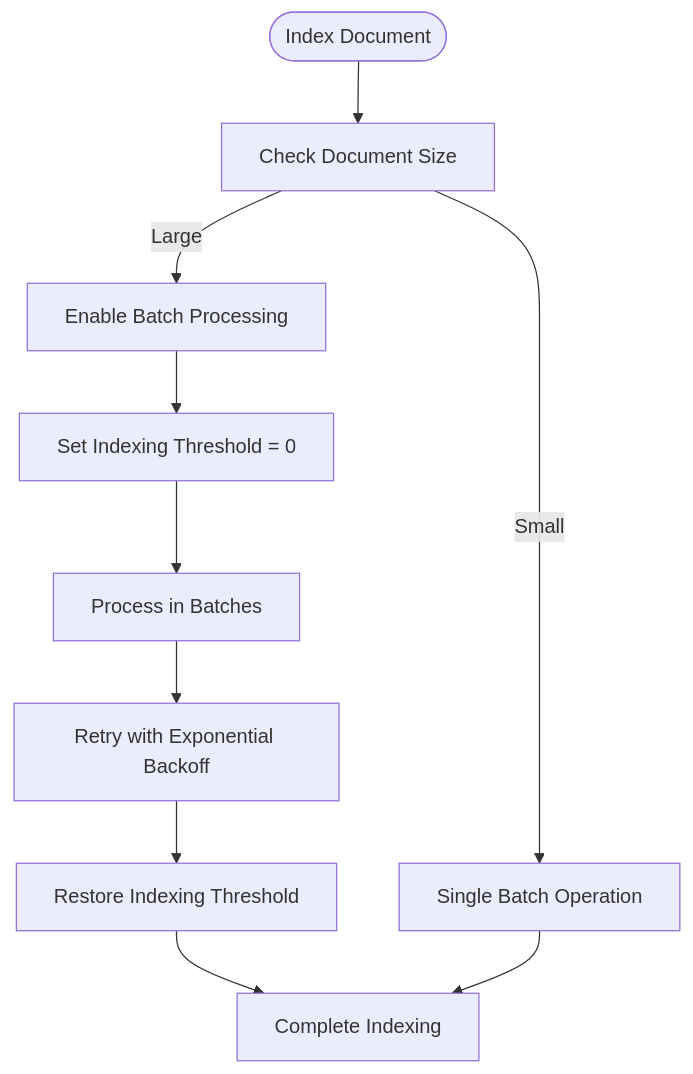
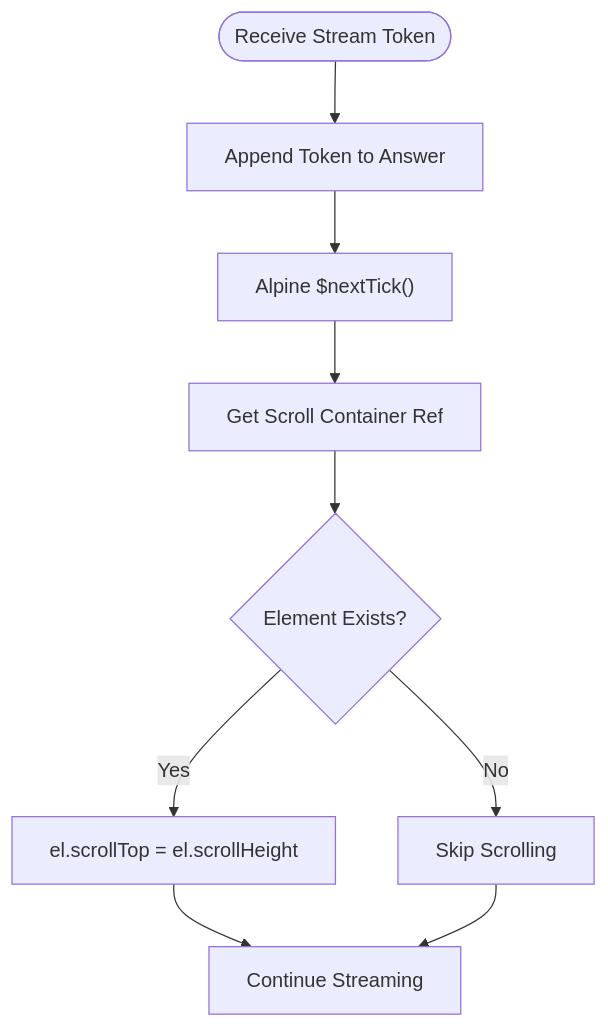
The tenth of 15 diagrams in .qoder/repowiki/en/content/Document Management System.md (ognelis/cafetera_hr_bot), drawn with Mermaid before and after one commit. The commit also changed other lines of this file and 6 other files, not shown here.

````diff
--- a/.qoder/repowiki/en/content/Document Management System.md
+++ b/.qoder/repowiki/en/content/Document Management System.md
@@ -340,12 +390,11 @@
 ```mermaid
 flowchart TD
-Start(["Index Document"]) --> CheckSize["Check Document Size"]
-CheckSize --> |Large| EnableBatching["Enable Batch Processing"]
-CheckSize --> |Small| SingleBatch["Single Batch Operation"]
-EnableBatching --> SetThreshold["Set Indexing Threshold = 0"]
-SetThreshold --> ProcessBatches["Process in Batches"]
-ProcessBatches --> RetryMechanism["Retry with Exponential Backoff"]
-RetryMechanism --> RestoreThreshold["Restore Indexing Threshold"]
-RestoreThreshold --> Complete["Complete Indexing"]
-SingleBatch --> Complete
+Start(["Receive Stream Token"]) --> Append["Append Token to Answer"]
+Append --> NextTick["Alpine $nextTick()"]
+NextTick --> GetElement["Get Scroll Container Ref"]
+GetElement --> CheckElement{"Element Exists?"}
+CheckElement --> |Yes| AutoScroll["el.scrollTop = el.scrollHeight"]
+CheckElement --> |No| Skip["Skip Scrolling"]
+AutoScroll --> Complete["Continue Streaming"]
+Skip --> Complete
 ```
````
